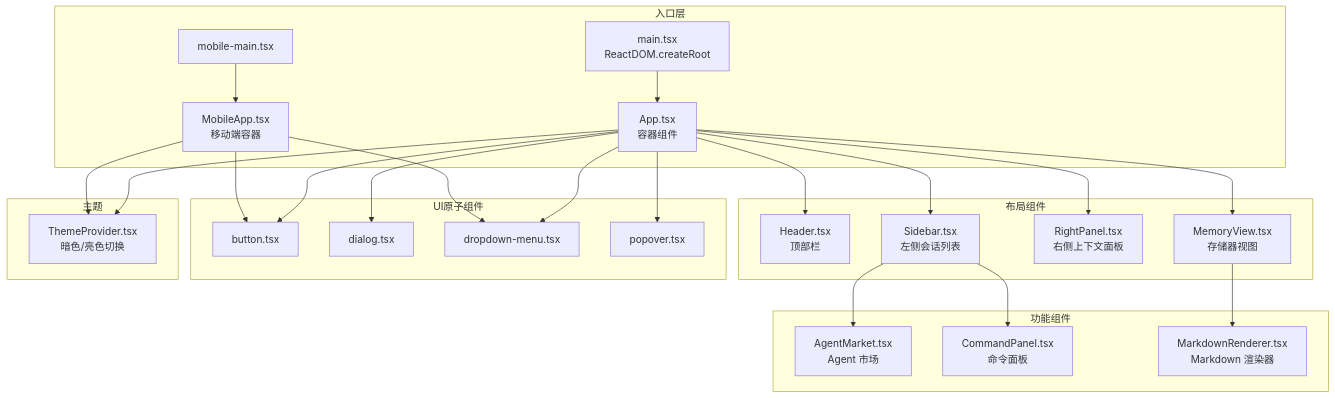
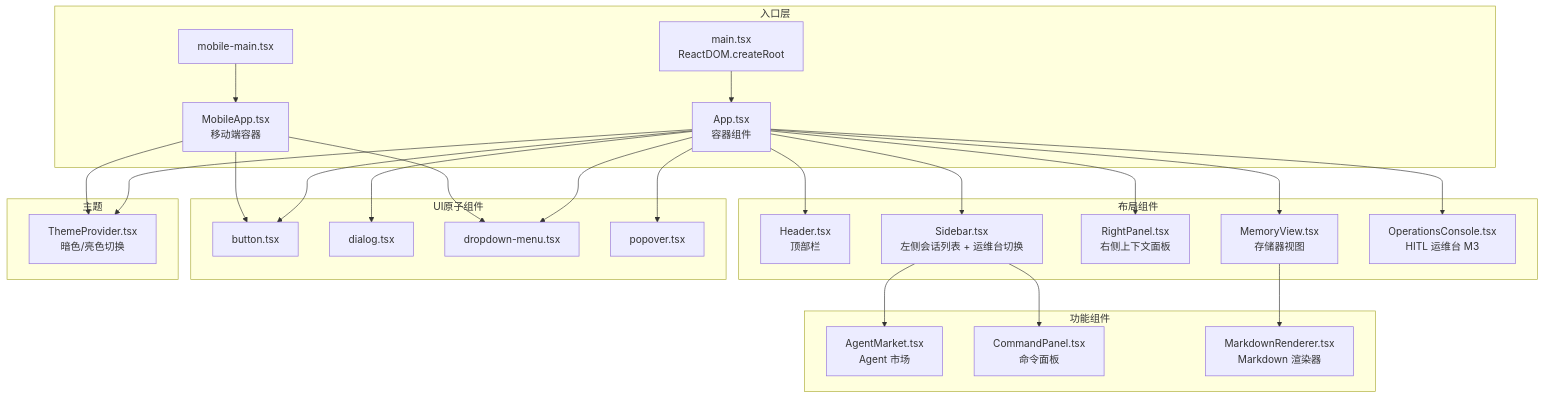
The first of 3 diagrams in docs/master/Alice_Frontend_Component_Tree_v1.0.md (lidaichao/alice), drawn with Mermaid before and after one commit. The commit also changed other lines of this file and 8 other files, not shown here.

````diff
--- a/docs/master/Alice_Frontend_Component_Tree_v1.0.md
+++ b/docs/master/Alice_Frontend_Component_Tree_v1.0.md
@@ -15,41 +15,42 @@
 ```mermaid
 graph TD
     subgraph 入口层
         A[main.tsx<br/>ReactDOM.createRoot] --> B[App.tsx<br/>容器组件]
         A2[mobile-main.tsx] --> C[MobileApp.tsx<br/>移动端容器]
     end
 
     subgraph 布局组件
         B --> D[Header.tsx<br/>顶部栏]
-        B --> E[Sidebar.tsx<br/>左侧会话列表]
+        B --> E[Sidebar.tsx<br/>左侧会话列表 + 运维台切换]
         B --> F[RightPanel.tsx<br/>右侧上下文面板]
         B --> G[MemoryView.tsx<br/>存储器视图]
+        B --> O[OperationsConsole.tsx<br/>HITL 运维台 M3]
     end
 
     subgraph 功能组件
         E --> H[AgentMarket.tsx<br/>Agent 市场]
         E --> I[CommandPanel.tsx<br/>命令面板]
         G --> J[MarkdownRenderer.tsx<br/>Markdown 渲染器]
     end
 
     subgraph UI原子组件
         K1[button.tsx]
         K2[dialog.tsx]
         K3[dropdown-menu.tsx]
         K4[popover.tsx]
     end
 
     B --> K1
     B --> K2
     B --> K3
     B --> K4
     C --> K1
     C --> K3
 
     subgraph 主题
         L[ThemeProvider.tsx<br/>暗色/亮色切换]
     end
 
     B --> L
     C --> L
 ```
````
